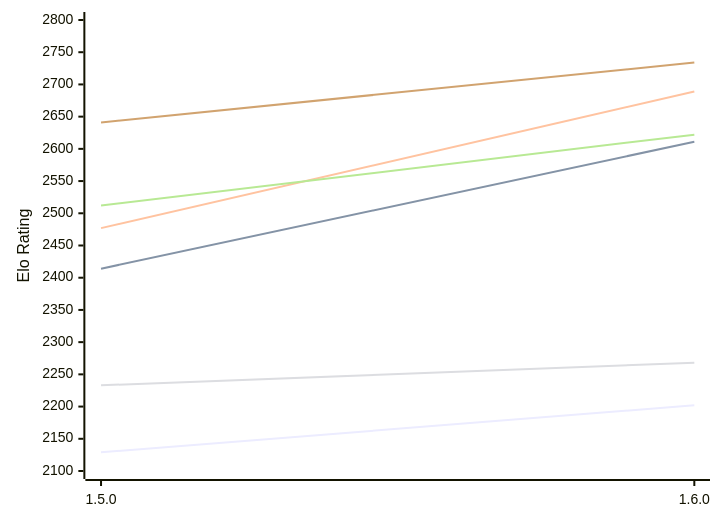
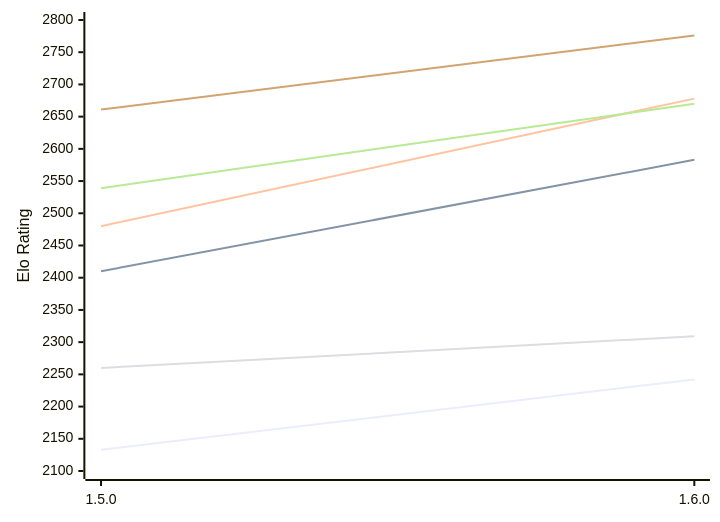
The first of 2 diagrams in engines/Tofiks.md (computer-chess-index/cci), drawn with Mermaid before and after one commit. The commit also changed other lines of this file, not shown here.

Commit message:
Update CCI Ratings (ELO VLTC) - 2026-10-21

````diff
--- a/engines/Tofiks.md
+++ b/engines/Tofiks.md
@@ -51,12 +51,12 @@
 ```mermaid
 %%{init: {"theme":"base","themeVariables":{"seriesColors:['#a3a3a3','#222221','#faa371']}}}%%
 xychart-beta
   x-axis ["1.5.0", "1.6.0"]
   y-axis "Elo Rating" 2100 --> 2800
-  line "E1: STC (8.0+0.08s)" [2129, 2202]
-  line "E1: LTC (60.0+0.60s)" [2414, 2611]
-  line "E1: VLTC (2m24s+1.12s)" [2477, 2689]
-  line "P1: STC (8.0+0.08s)" [2233, 2268]
-  line "P1: LTC (60.0+0.60s)" [2512, 2622]
-  line "P1: VLTC (2m24s+1.12s)" [2641, 2734]
+  line "E1: STC (8.0+0.08s)" [2133, 2242]
+  line "E1: LTC (60.0+0.60s)" [2410, 2583]
+  line "E1: VLTC (2m24s+1.12s)" [2480, 2678]
+  line "P1: STC (8.0+0.08s)" [2260, 2309]
+  line "P1: LTC (60.0+0.60s)" [2539, 2670]
+  line "P1: VLTC (2m24s+1.12s)" [2661, 2776]
 ```
````
